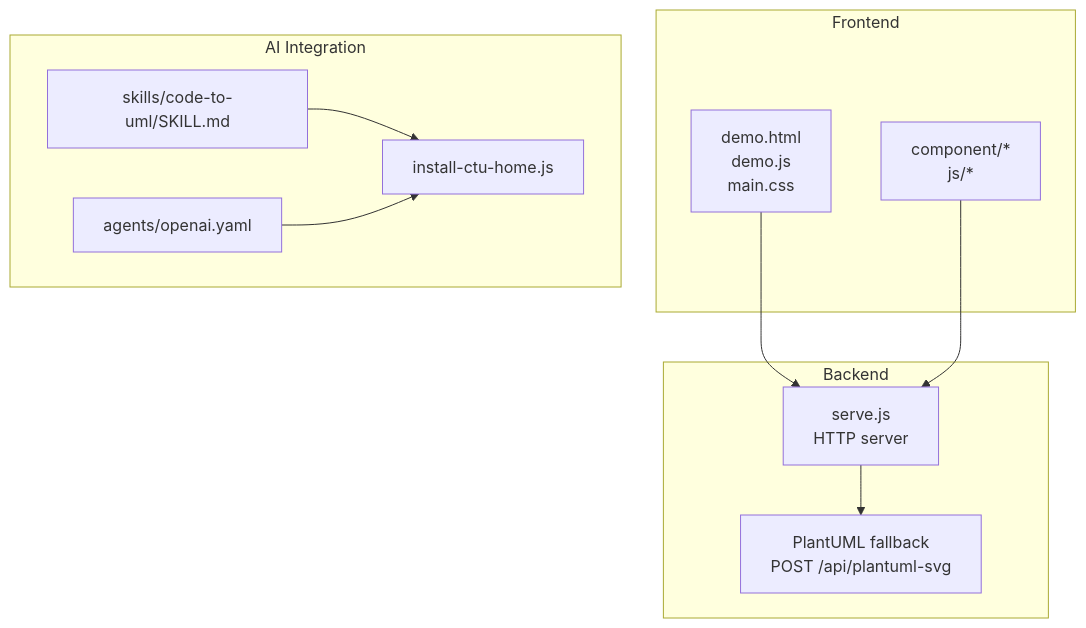
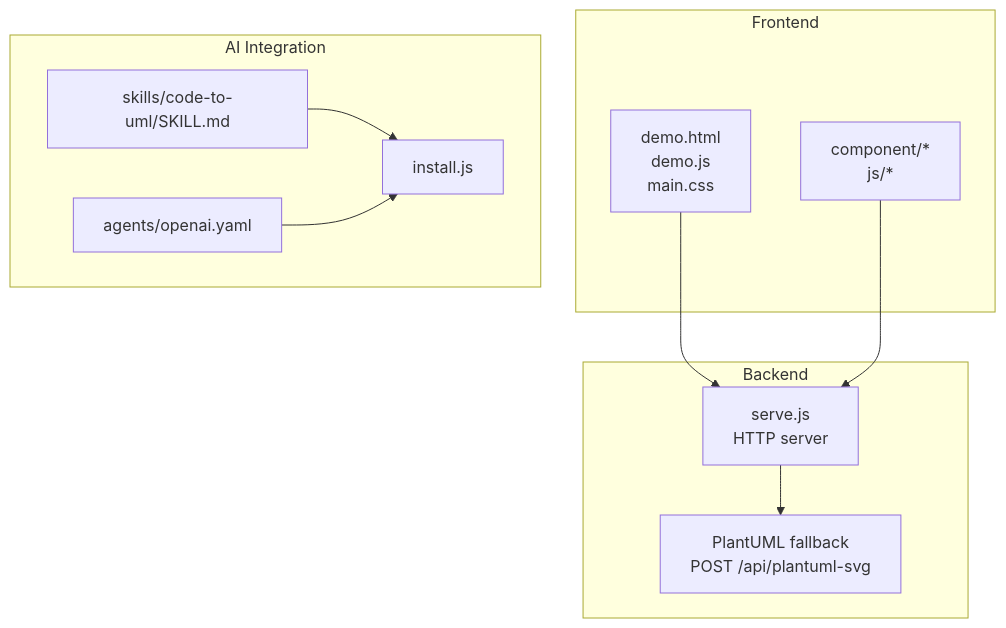
Before and after one commit to pingwurth/code-to-uml: the first of 3 diagrams in .qoder/repowiki/en/content/AI Agent Integration/Agent Setup Guides/Agent Selection Guide.md, drawn with Mermaid. The commit also changed other lines of this file and 26 other files, not shown here.

Commit message:
rename install-ctu-home.js install.js

````diff
--- a/.qoder/repowiki/en/content/AI Agent Integration/Agent Setup Guides/Agent Selection Guide.md
+++ b/.qoder/repowiki/en/content/AI Agent Integration/Agent Setup Guides/Agent Selection Guide.md
@@ -41,21 +41,21 @@
 ```mermaid
 graph TB
 subgraph "Frontend"
 A["demo.html<br/>demo.js<br/>main.css"]
 B["component/*<br/>js/*"]
 end
 subgraph "Backend"
 C["serve.js<br/>HTTP server"]
 D["PlantUML fallback<br/>POST /api/plantuml-svg"]
 end
 subgraph "AI Integration"
 E["skills/code-to-uml/SKILL.md"]
 F["agents/openai.yaml"]
-G["install-ctu-home.js"]
+G["install.js"]
 end
 A --> C
 B --> C
 C --> D
 E --> G
 F --> G
 ```
````
